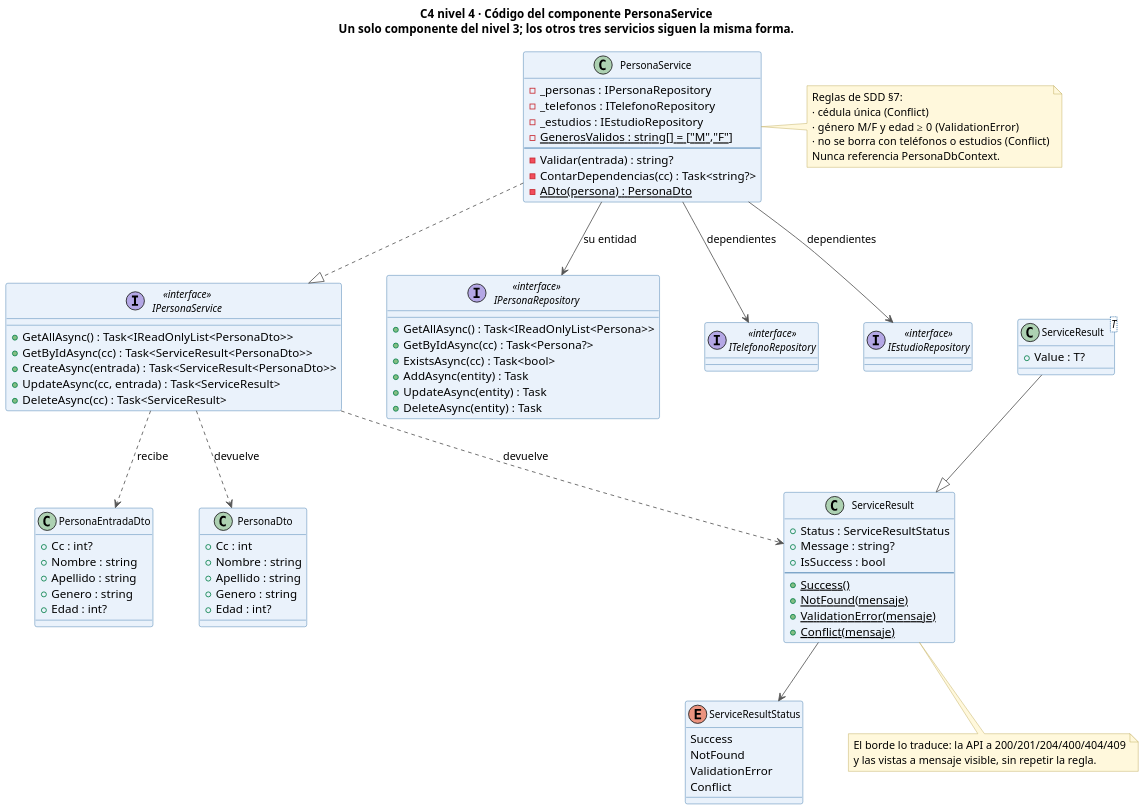
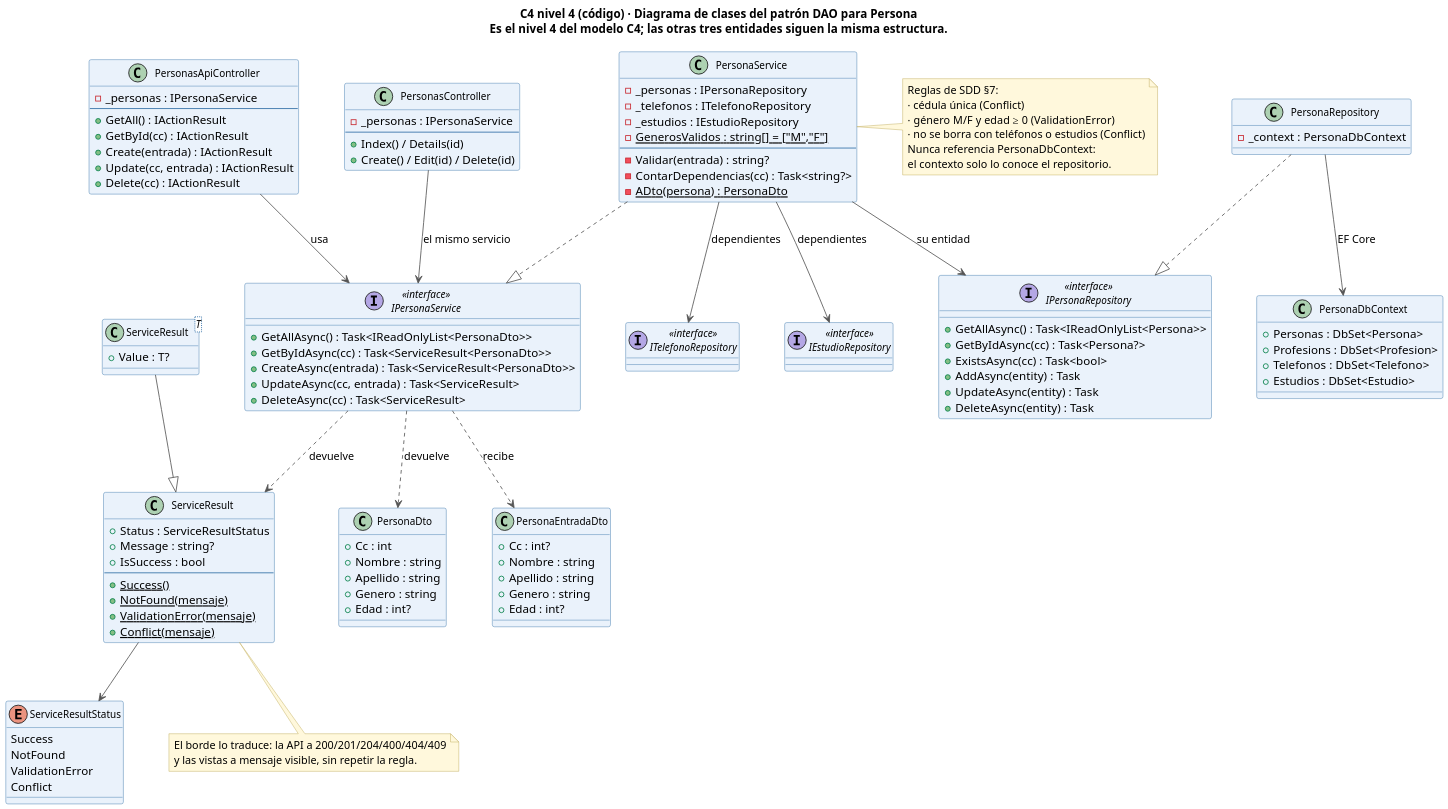
One commit to SarAlbN1/AS-personapi-dotnet changed the diagram in docs/wiki/02-arquitectura/diagramas/c4-c4-codigo-personaservice.puml. Above: the diagram before and after it, drawn with PlantUML. The commit also changed 2 other files, not shown here.

Commit message:
docs(informe): el diagrama de clases es el nivel 4 del C4, y aparece una vez [LAB-16]
El informe trataba como dos cosas distintas el diagrama de clases de la capa
de acceso a datos y el cuarto nivel del modelo C4, cuando son el mismo
documento: el nivel 4 de C4 es, por definición, un diagrama de clases del
interior de un componente. Quedaban dos secciones diciendo lo mismo.

- La subsección propia del diagrama de clases desaparece y su contenido pasa
  a Modelo C4, de modo que los cuatro niveles van juntos y la figura aparece
  una sola vez.
- El texto lo dice explícitamente y conserva la lectura de la cadena que traía
  la sección anterior: del controlador a la interfaz del servicio, de ahí a
  las interfaces de repositorio, y el contexto solo conocido por las
  implementaciones.
- El pie de figura deja de repetir lo que ya dice el párrafo.

El diagrama se amplía para cubrir lo que mostraba el dibujo anterior y lo que
le faltaba: los dos controladores sobre la misma interfaz, la implementación
del repositorio, PersonaDbContext con sus cuatro DbSet y las tres
dependencias reales del servicio, no una.

```diff
--- a/docs/wiki/02-arquitectura/diagramas/c4-c4-codigo-personaservice.puml
+++ b/docs/wiki/02-arquitectura/diagramas/c4-c4-codigo-personaservice.puml
@@ -1,114 +1,147 @@
 @startuml c4-c4-codigo-personaservice
 ' C4 nivel 4 (codigo) del componente PersonaService.
 ' Hecho a mano, no exportado del .dsl: Structurizr no dibuja el nivel de codigo.
 ' Las firmas son las del codigo real; si el codigo cambia, se corrige aqui.
-title C4 nivel 4 · Código del componente **PersonaService**\nUn solo componente del nivel 3; los otros tres servicios siguen la misma forma.
+title C4 nivel 4 (código) · Diagrama de clases del patrón DAO para **Persona**\nEs el nivel 4 del modelo C4; las otras tres entidades siguen la misma estructura.
 
 skinparam dpi 150
 skinparam shadowing false
 skinparam defaultFontName Helvetica
 skinparam ranksep 70
 skinparam nodesep 55
 skinparam class {
   BackgroundColor #EAF2FB
   BorderColor #2E6DA4
   ArrowColor #555555
   FontSize 12
 }
 skinparam note {
   BackgroundColor #FFF8DC
   BorderColor #B8A24A
+}
+
+class PersonasApiController {
+  -_personas : IPersonaService
+  --
+  +GetAll() : IActionResult
+  +GetById(cc) : IActionResult
+  +Create(entrada) : IActionResult
+  +Update(cc, entrada) : IActionResult
+  +Delete(cc) : IActionResult
+}
+
+class PersonasController {
+  -_personas : IPersonaService
+  --
+  +Index() / Details(id)
+  +Create() / Edit(id) / Delete(id)
 }
 
 interface IPersonaService <<interface>> {
   +GetAllAsync() : Task<IReadOnlyList<PersonaDto>>
   +GetByIdAsync(cc) : Task<ServiceResult<PersonaDto>>
   +CreateAsync(entrada) : Task<ServiceResult<PersonaDto>>
   +UpdateAsync(cc, entrada) : Task<ServiceResult>
   +DeleteAsync(cc) : Task<ServiceResult>
 }
 
 class PersonaService {
   -_personas : IPersonaRepository
   -_telefonos : ITelefonoRepository
   -_estudios : IEstudioRepository
   -{static} GenerosValidos : string[] = ["M","F"]
   --
   -Validar(entrada) : string?
   -ContarDependencias(cc) : Task<string?>
   -{static} ADto(persona) : PersonaDto
 }
 
 interface IPersonaRepository <<interface>> {
   +GetAllAsync() : Task<IReadOnlyList<Persona>>
   +GetByIdAsync(cc) : Task<Persona?>
   +ExistsAsync(cc) : Task<bool>
   +AddAsync(entity) : Task
   +UpdateAsync(entity) : Task
   +DeleteAsync(entity) : Task
 }
 
 interface ITelefonoRepository <<interface>>
 interface IEstudioRepository <<interface>>
+
+class PersonaRepository {
+  -_context : PersonaDbContext
+}
+
+class PersonaDbContext {
+  +Personas : DbSet<Persona>
+  +Profesions : DbSet<Profesion>
+  +Telefonos : DbSet<Telefono>
+  +Estudios : DbSet<Estudio>
+}
 
 class ServiceResult {
   +Status : ServiceResultStatus
   +Message : string?
   +IsSuccess : bool
   --
   +{static} Success()
   +{static} NotFound(mensaje)
   +{static} ValidationError(mensaje)
   +{static} Conflict(mensaje)
 }
 
 enum ServiceResultStatus {
   Success
   NotFound
   ValidationError
   Conflict
 }
 
 class "ServiceResult<T>" as ServiceResultT {
   +Value : T?
 }
 
 class PersonaEntradaDto {
   +Cc : int?
   +Nombre : string
   +Apellido : string
   +Genero : string
   +Edad : int?
 }
 
 class PersonaDto {
   +Cc : int
   +Nombre : string
   +Apellido : string
   +Genero : string
   +Edad : int?
 }
 
+PersonasApiController --> IPersonaService : usa
+PersonasController --> IPersonaService : el mismo servicio
 PersonaService ..|> IPersonaService
 PersonaService --> IPersonaRepository : su entidad
 PersonaService --> ITelefonoRepository : dependientes
 PersonaService --> IEstudioRepository : dependientes
+PersonaRepository ..|> IPersonaRepository
+PersonaRepository --> PersonaDbContext : EF Core
 ServiceResultT --|> ServiceResult
 ServiceResult --> ServiceResultStatus
 IPersonaService ..> PersonaEntradaDto : recibe
 IPersonaService ..> PersonaDto : devuelve
 IPersonaService ..> ServiceResult : devuelve
 
 note right of PersonaService
   Reglas de SDD §7:
   · cédula única (Conflict)
   · género M/F y edad ≥ 0 (ValidationError)
   · no se borra con teléfonos o estudios (Conflict)
-  Nunca referencia PersonaDbContext.
+  Nunca referencia PersonaDbContext:
+  el contexto solo lo conoce el repositorio.
 end note
 
 note bottom of ServiceResult
   El borde lo traduce: la API a 200/201/204/400/404/409
   y las vistas a mensaje visible, sin repetir la regla.
 end note
 @enduml
```
